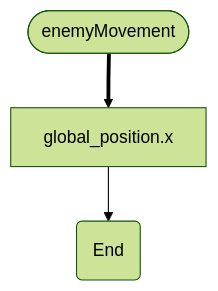
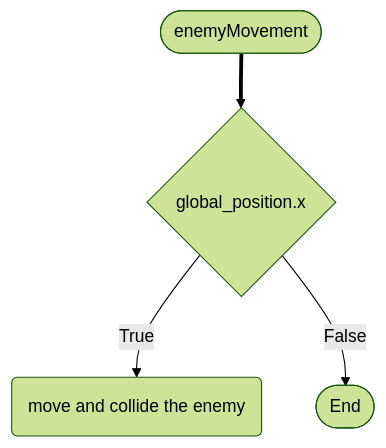
Before and after one commit to Glovania/Space-Invading: the second of 7 diagrams in Logic.md, drawn with Mermaid (forest theme). The commit also changed other lines of this file and 2 other files, not shown here.

````diff
--- a/Logic.md
+++ b/Logic.md
@@ -72,10 +72,14 @@
 ```mermaid
 flowchart TD
 %% Comment
     Start([enemyMovement])
-    End(End)
-    xGlobalPosition[global_position.x]
+    End([End])
+    xGlobalPosition{global_position.x}
+    EnemyMovementActivate(move and collide the enemy)
 
 
-    Start ==> xGlobalPosition --> End
+    Start ==> xGlobalPosition 
+
+    xGlobalPosition --> |True| EnemyMovementActivate
+    xGlobalPosition --> |False| End
 ```
````
